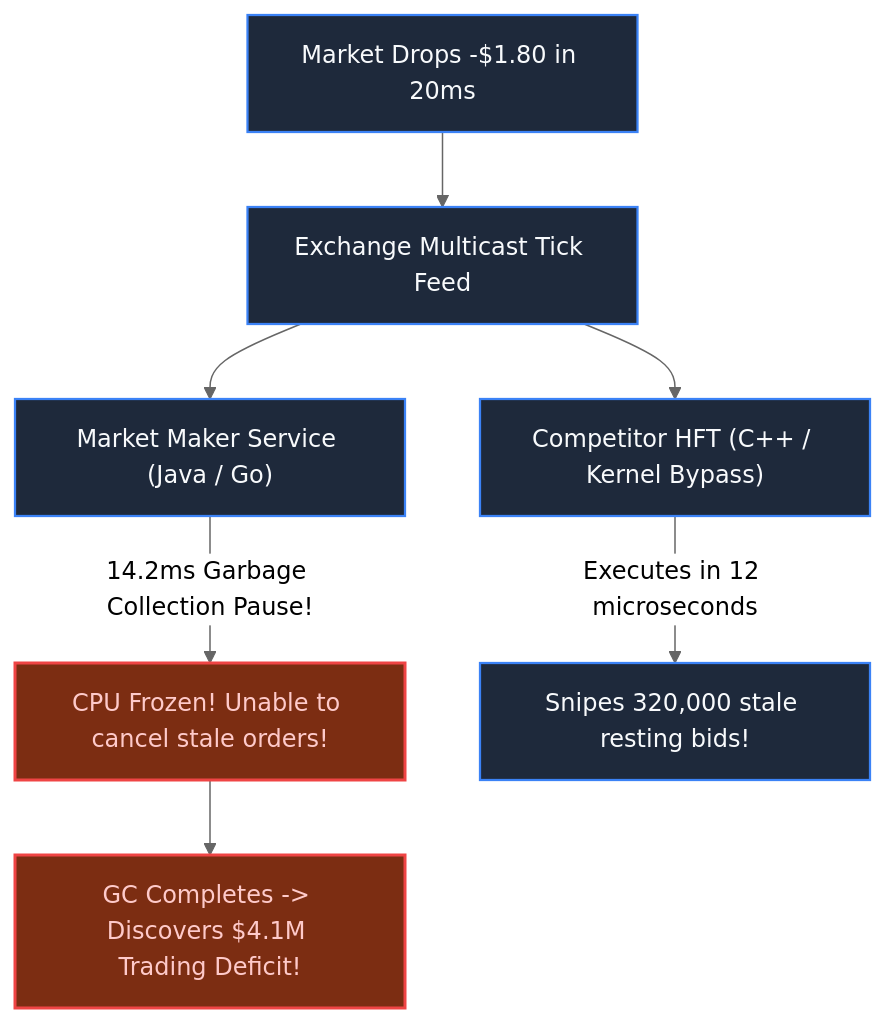
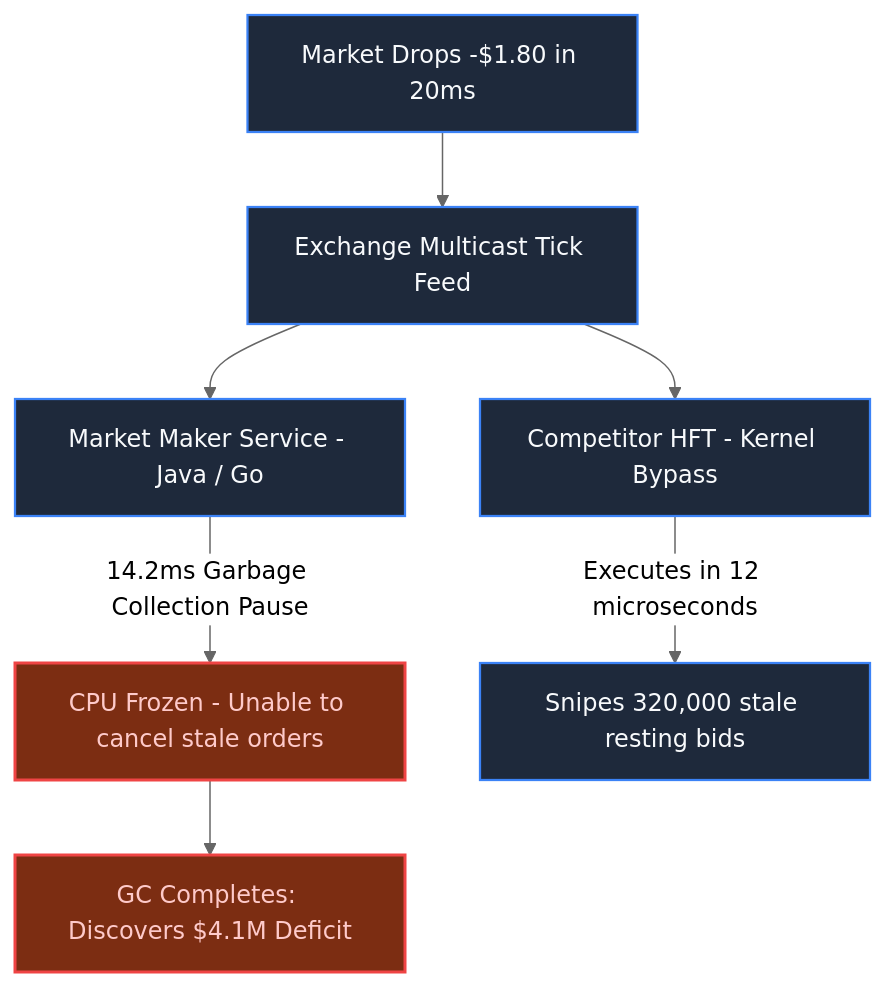
Before and after one commit to Priyeshnd555/systems-beyond-the-code: the first of 3 diagrams in book/part-06-extreme-constraints/chapter-34-trading-matching-engines.md, drawn with Mermaid (neutral theme). The commit also changed other lines of this file and 33 other files, not shown here.

Commit message:
feat: add dynamic mermaid diagram sanitization and update chart syntax across book chapters

````diff
--- a/book/part-06-extreme-constraints/chapter-34-trading-matching-engines.md
+++ b/book/part-06-extreme-constraints/chapter-34-trading-matching-engines.md
@@ -19,17 +19,17 @@
 ```mermaid
 flowchart TD
     Market["Market Drops -$1.80 in 20ms"] --> Feed["Exchange Multicast Tick Feed"]
     
-    Feed --> HFT["Competitor HFT (C++ / Kernel Bypass)"]
-    Feed --> StaleFirm["Market Maker Service (Java / Go)"]
+    Feed --> HFT["Competitor HFT - Kernel Bypass"]
+    Feed --> StaleFirm["Market Maker Service - Java / Go"]
     
-    StaleFirm -->|14.2ms Garbage Collection Pause!| Frozen["CPU Frozen! Unable to cancel stale orders!"]
+    StaleFirm -->|"14.2ms Garbage Collection Pause"| Frozen["CPU Frozen - Unable to cancel stale orders"]
     
-    HFT -->|Executes in 12 microseconds| Fill["Snipes 320,000 stale resting bids!"]
+    HFT -->|"Executes in 12 microseconds"| Fill["Snipes 320,000 stale resting bids"]
     
-    Frozen --> Wakeup["GC Completes -> Discovers $4.1M Trading Deficit!"]
+    Frozen --> Wakeup["GC Completes: Discovers $4.1M Deficit"]
 
     classDef default fill:#1e293b,stroke:#3b82f6,stroke-width:1.5px,color:#f8fafc;
     classDef alert fill:#7c2d12,stroke:#ef4444,stroke-width:2px,color:#fecaca;
     class Frozen,Wakeup alert;
 ```
````
